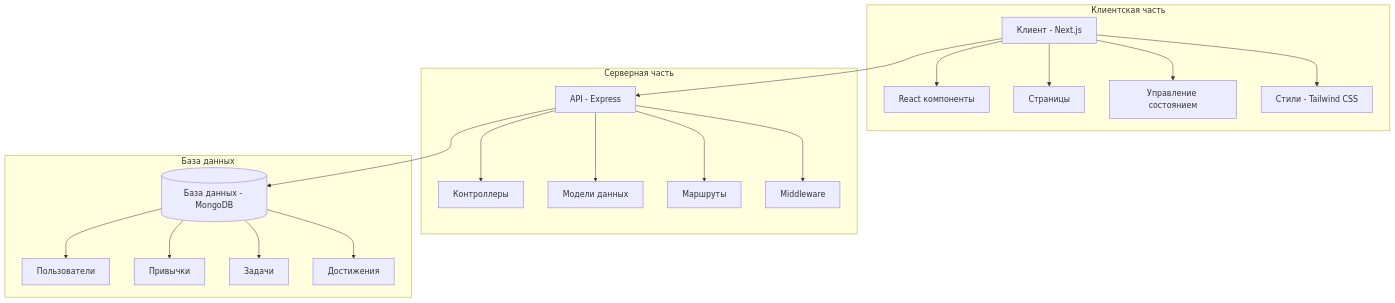
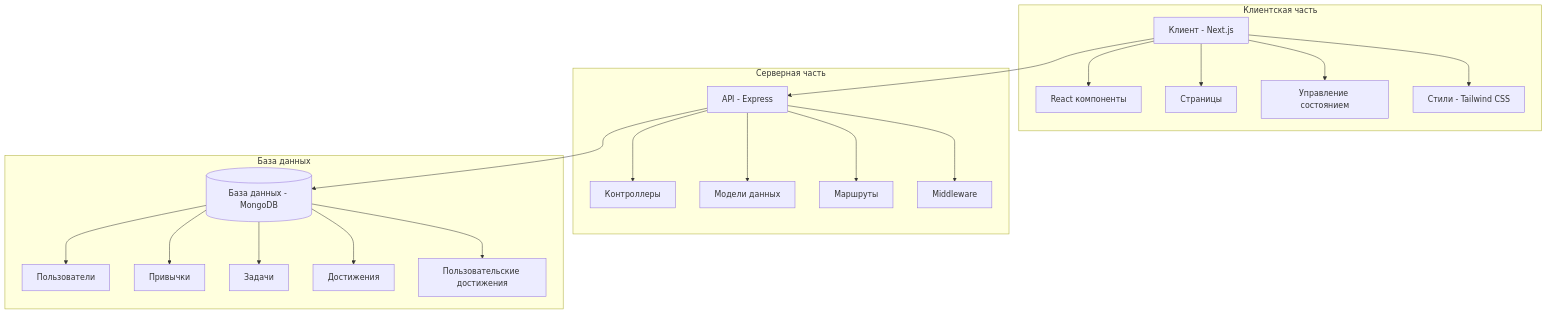
One commit to CY8ERPUNK1984/habit-game changed the first of 15 diagrams in docs/architecture.md. Above: the diagram before and after it, drawn with Mermaid. The commit also changed other lines of this file and 1 other file, not shown here.

````diff
--- a/docs/architecture.md
+++ b/docs/architecture.md
@@ -7,26 +7,27 @@
 ```mermaid
 graph TD
     Client[Клиент - Next.js] --> API[API - Express]
     API --> DB[(База данных - MongoDB)]
     
     subgraph Клиентская часть
         Client --> Components[React компоненты]
         Client --> Pages[Страницы]
         Client --> State[Управление состоянием]
         Client --> Styles[Стили - Tailwind CSS]
     end
     
     subgraph Серверная часть
         API --> Controllers[Контроллеры]
         API --> Models[Модели данных]
         API --> Routes[Маршруты]
         API --> Middleware[Middleware]
     end
     
     subgraph База данных
         DB --> Users[Пользователи]
         DB --> Habits[Привычки]
         DB --> Tasks[Задачи]
         DB --> Achievements[Достижения]
+        DB --> UserAchievements[Пользовательские достижения]
     end
 ```
````
